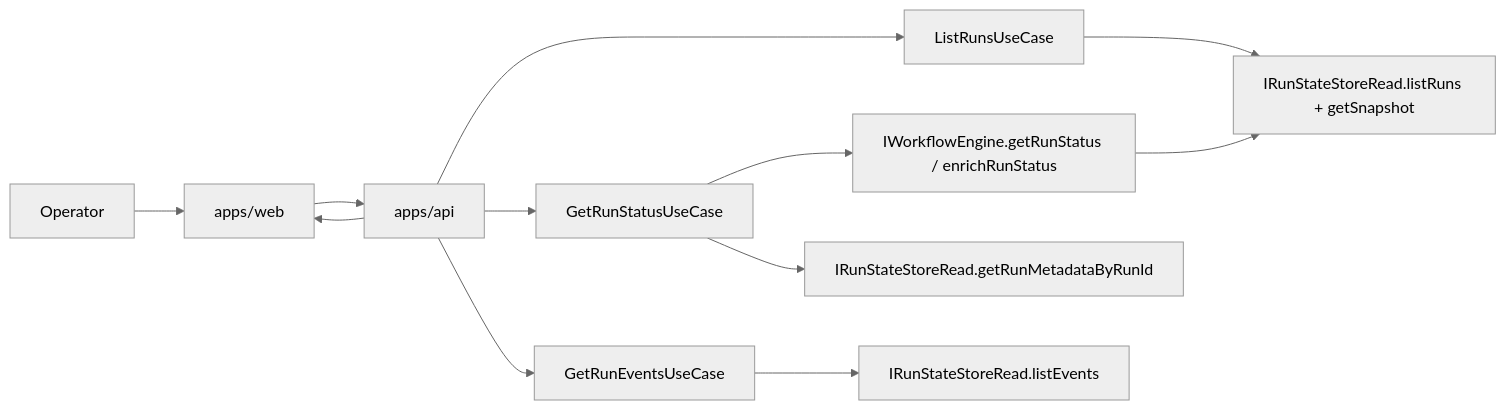
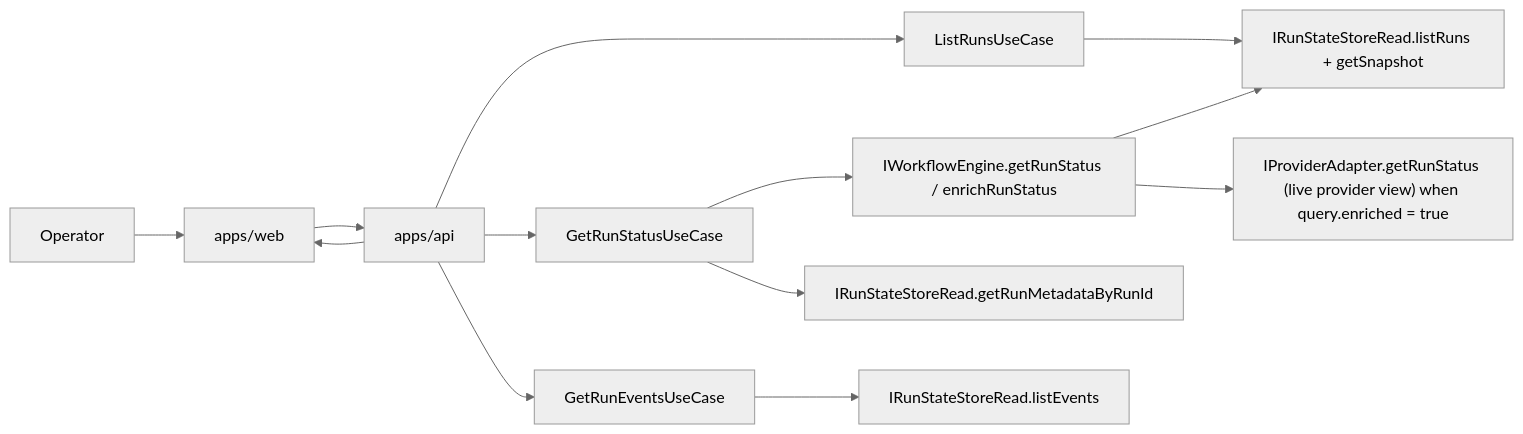
One commit to dunay2/dvt changed the diagram in docs/architecture/system/subsystems/read/index.md. Above: the diagram before and after it, drawn with Mermaid (neutral theme). The commit also changed other lines of this file and 63 other files, not shown here.

Commit message:
docs(docs): Reset engine contract pack and split run status models

````diff
--- a/docs/architecture/system/subsystems/read/index.md
+++ b/docs/architecture/system/subsystems/read/index.md
@@ -18,14 +18,15 @@
 ```mermaid
 flowchart LR
   Operator["Operator"] --> Web["apps/web"]
   Web --> Api["apps/api"]
   Api --> ListRuns["ListRunsUseCase"]
   Api --> GetRun["GetRunStatusUseCase"]
   Api --> GetEvents["GetRunEventsUseCase"]
   ListRuns --> StateRead["IRunStateStoreRead.listRuns + getSnapshot"]
   GetRun --> Engine["IWorkflowEngine.getRunStatus / enrichRunStatus"]
   GetRun --> Metadata["IRunStateStoreRead.getRunMetadataByRunId"]
   GetEvents --> EventStore["IRunStateStoreRead.listEvents"]
   Engine --> StateRead
+  Engine --> Provider["IProviderAdapter.getRunStatus (live provider view) when query.enriched = true"]
   Api --> Web
 ```
````
